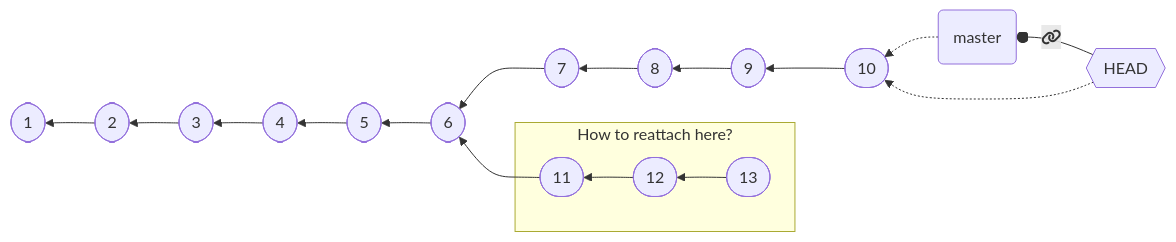
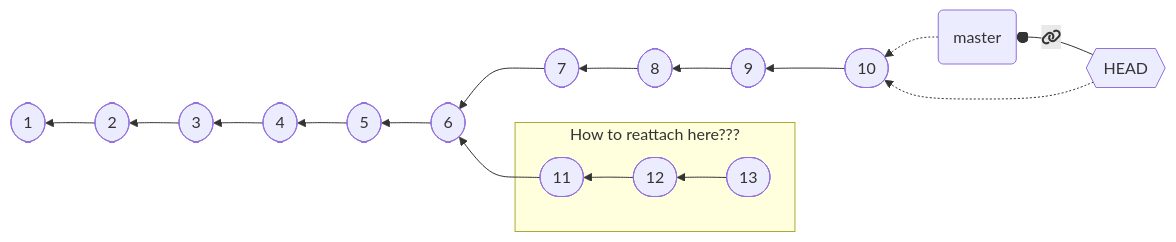
Diagram 21 of 21 in slides/content/08-advanced-git/_index.md (DanySK/course-laboratory-of-software-systems), drawn with Mermaid before and after one commit. The commit also changed other lines of this file, not shown here.

Commit message:
convert more slides to mermaid

````diff
--- a/slides/content/08-advanced-git/_index.md
+++ b/slides/content/08-advanced-git/_index.md
@@ -792,20 +844,20 @@
 ```mermaid
 flowchart RL
   HEAD{{"HEAD"}}
   master(master)
 
   C10([10]) --> C9([9]) --> C8([8]) --> C7([7]) --> C6([6]) --> C5([5]) --> C4([4]) --> C3([3]) --> C2([2]) --> C1([1])
   C11([11]) --> C6([6])
-  subgraph How to reattach here?
+  subgraph "How to reattach here???"
   C13([13]) --> C12([12]) --> C11
   end
 
   master -.-> C10
 
   HEAD -.-> C10
   HEAD --"fas:fa-link"--o master
 
   class HEAD head;
   class master branch;
   class C1,C2,C3,C4,C5,C6,C7,C8,C9,C10,C10,C11,C12,C13 commit;
 ```
````
